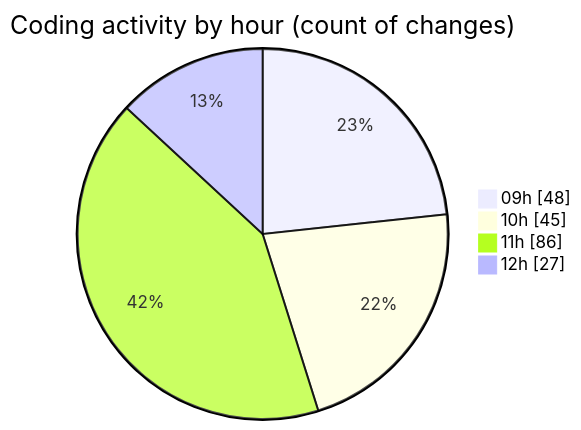
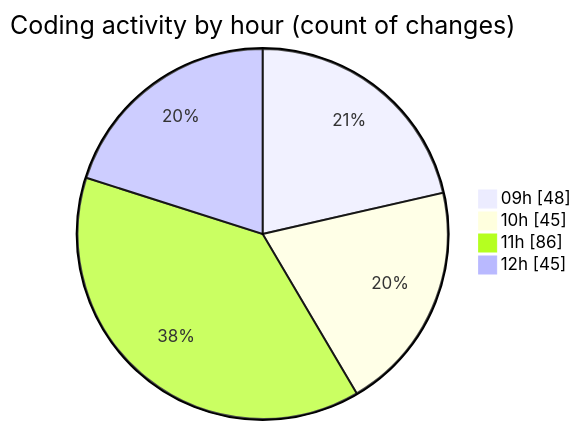
One commit to momahboobian/code-tracking changed the second of 2 diagrams in 2025-03-14/cda/README.md. Above: the diagram before and after it, drawn with Mermaid. The commit also changed other lines of this file and 1 other file, not shown here.

````diff
--- a/2025-03-14/cda/README.md
+++ b/2025-03-14/cda/README.md
@@ -45,8 +45,8 @@
 ```mermaid
 pie showData
 title Coding activity by hour (count of changes)
 "09h" : 48
 "10h" : 45
 "11h" : 86
-"12h" : 27
+"12h" : 45
 ```
````
